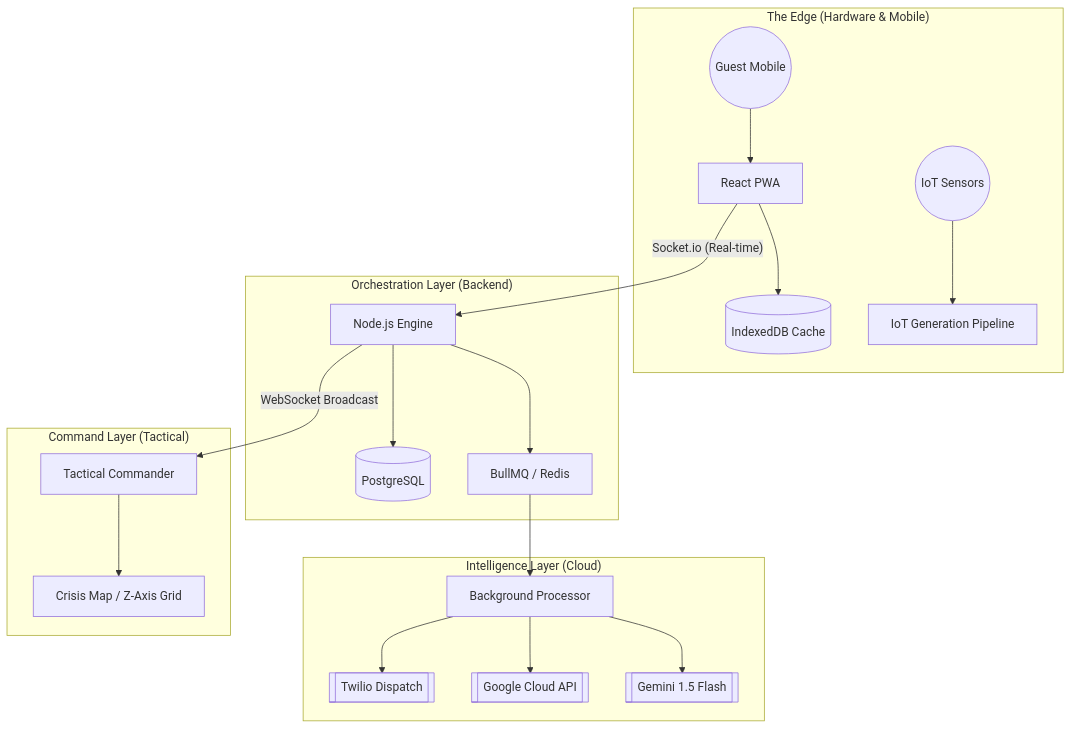
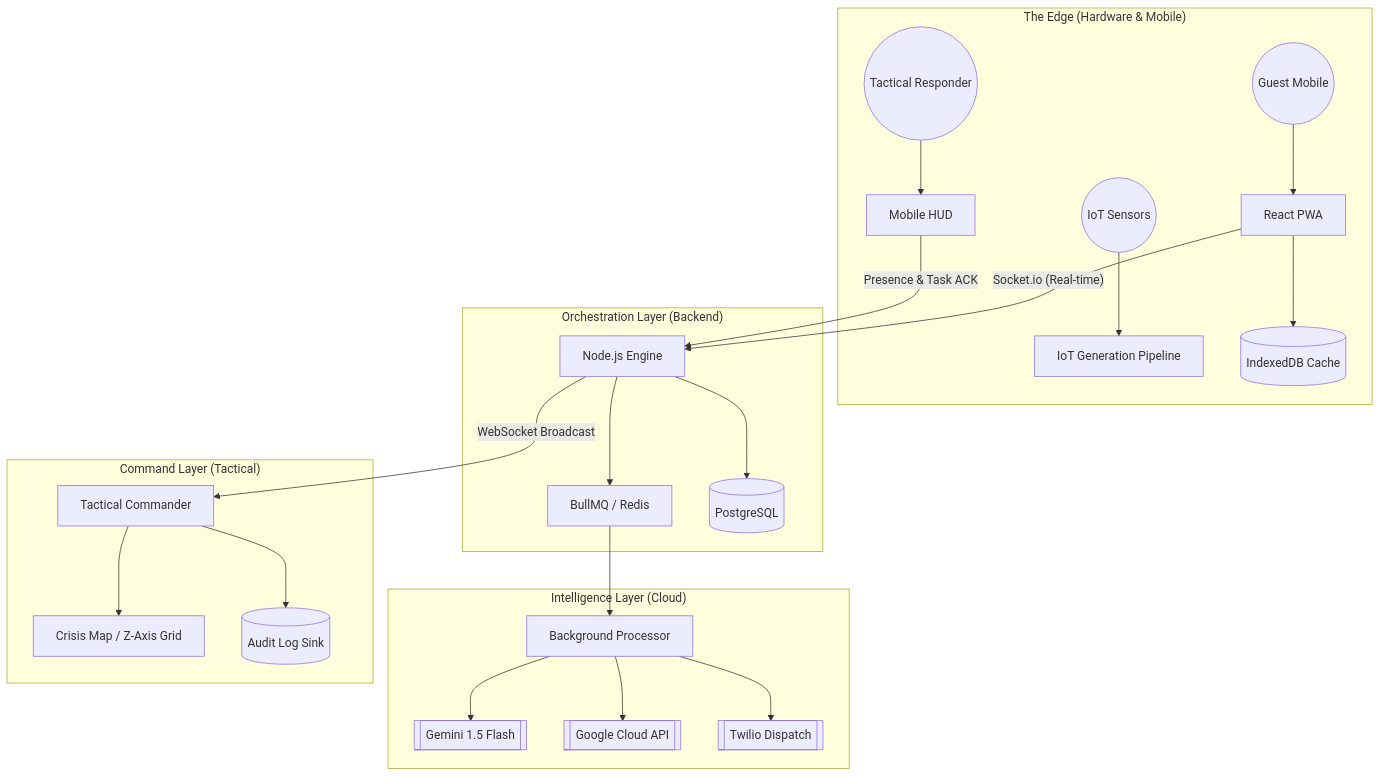
One commit to Praveen-kumar625/rapid-crisis-response changed the diagram in SYSTEM_ARCHITECTURE.md. Above: the diagram before and after it, drawn with Mermaid. The commit also changed other lines of this file and 20 other files, not shown here.

````diff
--- a/SYSTEM_ARCHITECTURE.md
+++ b/SYSTEM_ARCHITECTURE.md
@@ -10,26 +10,29 @@
 ```mermaid
 graph TD
     subgraph "The Edge (Hardware & Mobile)"
         Guest((Guest Mobile)) --> PWA[React PWA]
         Sensors((IoT Sensors)) --> IoTWorker[IoT Generation Pipeline]
         PWA --> IDB[(IndexedDB Cache)]
+        Responder((Tactical Responder)) --> HUD[Mobile HUD]
     end
 
     subgraph "Orchestration Layer (Backend)"
         PWA -- "Socket.io (Real-time)" --> API[Node.js Engine]
         API --> Queue[BullMQ / Redis]
         API --> DB[(PostgreSQL)]
+        HUD -- "Presence & Task ACK" --> API
     end
 
     subgraph "Intelligence Layer (Cloud)"
         Queue --> Worker[Background Processor]
         Worker --> Gemini[[Gemini 1.5 Flash]]
         Worker --> GCloud[[Google Cloud API]]
         Worker --> Twilio[[Twilio Dispatch]]
     end
 
     subgraph "Command Layer (Tactical)"
         API -- "WebSocket Broadcast" --> Dashboard[Tactical Commander]
         Dashboard --> Map[Crisis Map / Z-Axis Grid]
+        Dashboard --> Audit[(Audit Log Sink)]
     end
 ```
````
